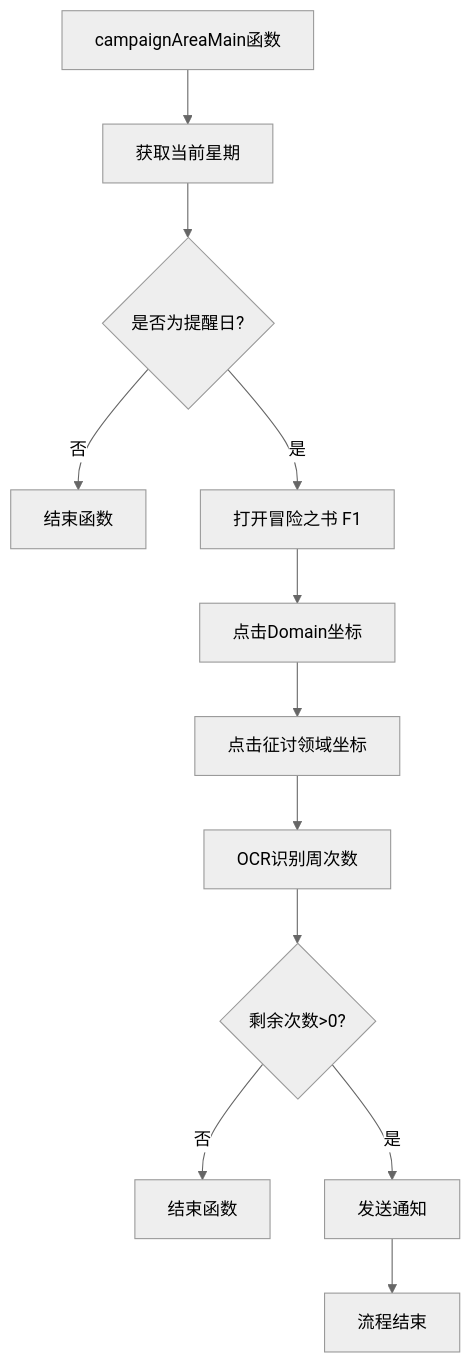
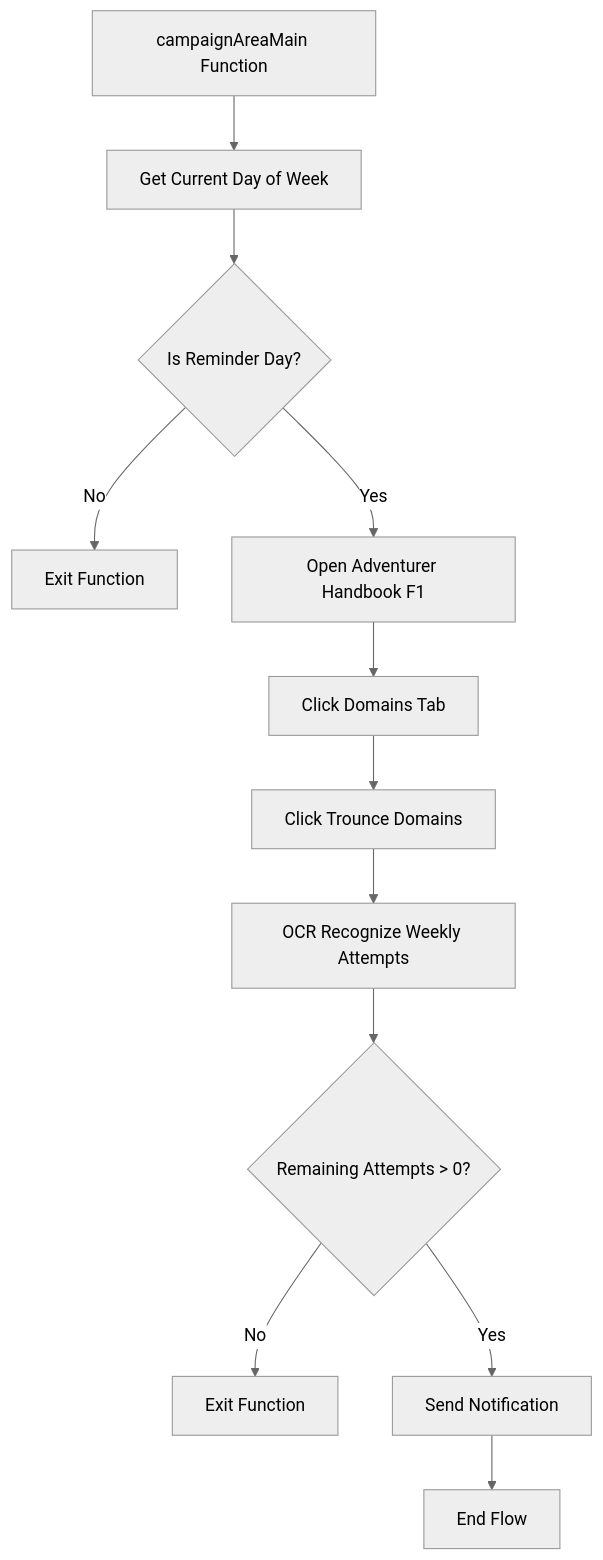
Before and after one commit to krammarkro/bettergi-scripts-list-en: the third of 7 diagrams in repo/js/ActivitySwitchNotice/README.md, drawn with Mermaid (neutral theme). The commit also changed other lines of this file and 91 other files, not shown here.

````diff
--- a/repo/js/ActivitySwitchNotice/README.md
+++ b/repo/js/ActivitySwitchNotice/README.md
@@ -106,15 +107,14 @@
 ```mermaid
 graph TD
-    A[campaignAreaMain函数] --> B[获取当前星期]
-    B --> C{是否为提醒日?}
-    C -->|否| D[结束函数]
-    C -->|是| E[打开冒险之书 F1]
-    E --> F[点击Domain坐标]
-    F --> G[点击征讨领域坐标]
-    G --> H[OCR识别周次数]
-    H --> I{剩余次数>0?}
-    I -->|否| J[结束函数]
-    I -->|是| K[发送通知]
-    K --> L[流程结束]
-
+    A[campaignAreaMain Function] --> B[Get Current Day of Week]
+    B --> C{Is Reminder Day?}
+    C -->|No| D[Exit Function]
+    C -->|Yes| E[Open Adventurer Handbook F1]
+    E --> F[Click Domains Tab]
+    F --> G[Click Trounce Domains]
+    G --> H[OCR Recognize Weekly Attempts]
+    H --> I{Remaining Attempts > 0?}
+    I -->|No| J[Exit Function]
+    I -->|Yes| K[Send Notification]
+    K --> L[End Flow]
 ```
````
